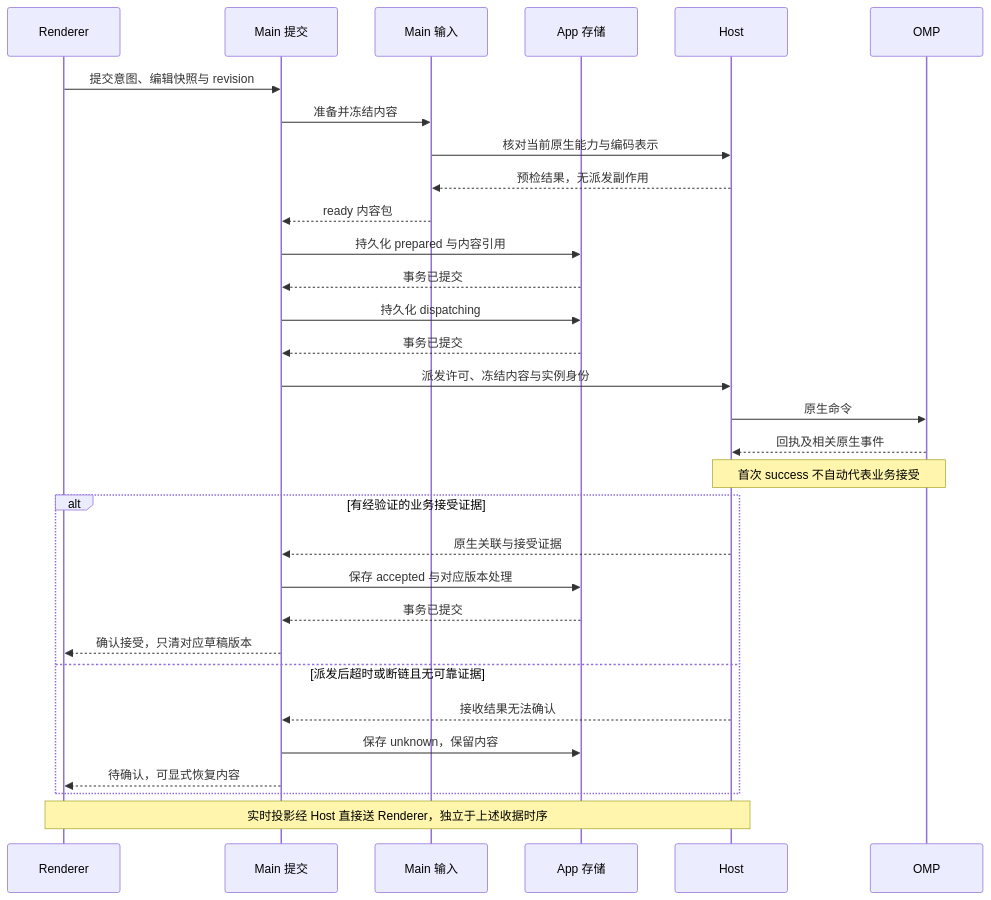
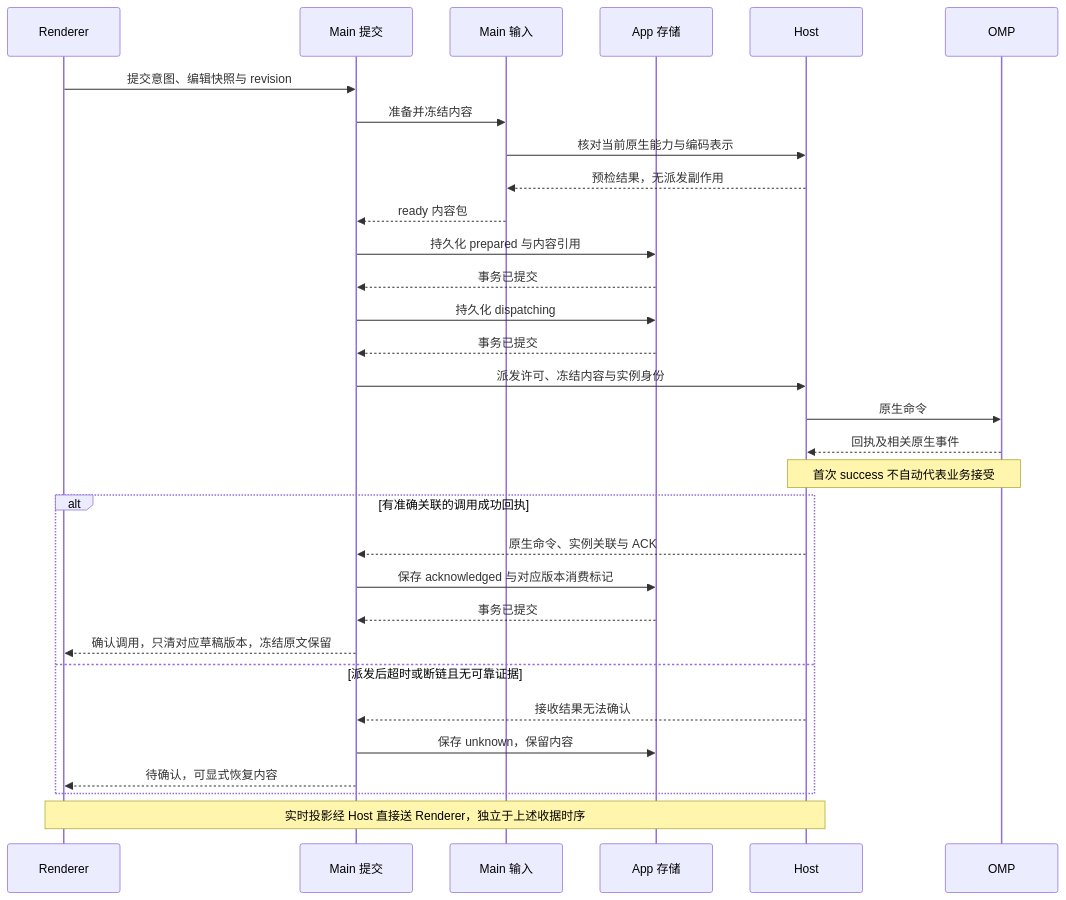
Before and after one commit to LouisGo/d-pi: the second of 3 diagrams in docs/architecture/modules/flows.md, drawn with Mermaid. The commit also changed other lines of this file and 18 other files, not shown here.

````diff
--- a/docs/architecture/modules/flows.md
+++ b/docs/architecture/modules/flows.md
@@ -44,33 +44,33 @@
 ```mermaid
 sequenceDiagram
   participant UI as Renderer
   participant E as Main 提交
   participant I as Main 输入
   participant S as App 存储
   participant H as Host
   participant O as OMP
   UI->>E: 提交意图、编辑快照与 revision
   E->>I: 准备并冻结内容
   I->>H: 核对当前原生能力与编码表示
   H-->>I: 预检结果，无派发副作用
   I-->>E: ready 内容包
   E->>S: 持久化 prepared 与内容引用
   S-->>E: 事务已提交
   E->>S: 持久化 dispatching
   S-->>E: 事务已提交
   E->>H: 派发许可、冻结内容与实例身份
   H->>O: 原生命令
   O-->>H: 回执及相关原生事件
   Note over H,O: 首次 success 不自动代表业务接受
-  alt 有经验证的业务接受证据
-    H-->>E: 原生关联与接受证据
-    E->>S: 保存 accepted 与对应版本处理
+  alt 有准确关联的调用成功回执
+    H-->>E: 原生命令、实例关联与 ACK
+    E->>S: 保存 acknowledged 与对应版本消费标记
     S-->>E: 事务已提交
-    E-->>UI: 确认接受，只清对应草稿版本
+    E-->>UI: 确认调用，只清对应草稿版本，冻结原文保留
   else 派发后超时或断链且无可靠证据
     H-->>E: 接收结果无法确认
     E->>S: 保存 unknown，保留内容
     E-->>UI: 待确认，可显式恢复内容
   end
   Note over H,UI: 实时投影经 Host 直接送 Renderer，独立于上述收据时序
 ```
````
